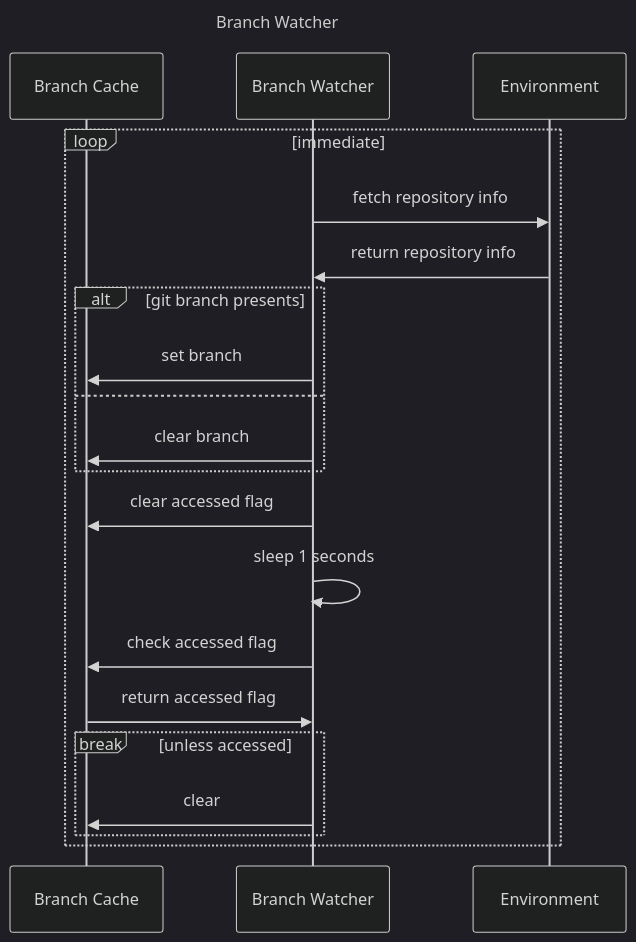
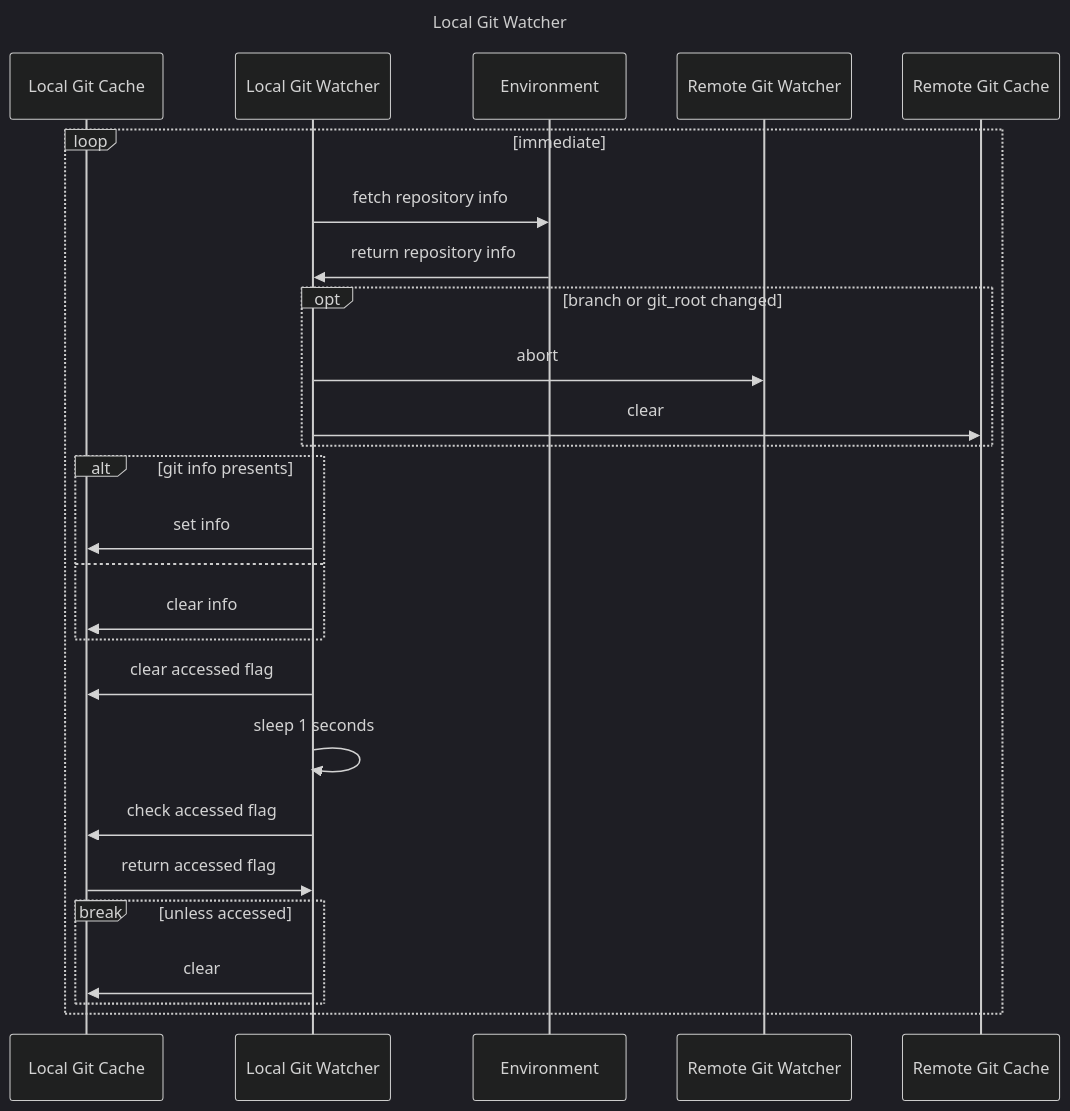
One commit to gitusp/gh-run-status.nvim changed the second of 3 diagrams in doc/sequence.md. Above: the diagram before and after it, drawn with Mermaid (dark theme). The commit also changed other lines of this file, not shown here.

Commit message:
Update sequence

````diff
--- a/doc/sequence.md
+++ b/doc/sequence.md
@@ -34,25 +33,29 @@
 ```mermaid
 ---
-title: Branch Watcher
+title: Local Git Watcher
 ---
 sequenceDiagram
-    participant Branch Cache
-    participant Branch Watcher
+    participant Local Git Cache
+    participant Local Git Watcher
     participant Environment
     loop immediate
-        Branch Watcher->>Environment: fetch repository info
-        Environment->>Branch Watcher: return repository info
-        alt git branch presents
-            Branch Watcher->>Branch Cache: set branch
+        Local Git Watcher->>Environment: fetch repository info
+        Environment->>Local Git Watcher: return repository info
+        opt branch or git_root changed
+            Local Git Watcher->>Remote Git Watcher: abort
+            Local Git Watcher->>Remote Git Cache: clear
+        end
+        alt git info presents
+            Local Git Watcher->>Local Git Cache: set info
         else
-            Branch Watcher->>Branch Cache: clear branch
+            Local Git Watcher->>Local Git Cache: clear info
         end
-        Branch Watcher->>Branch Cache: clear accessed flag
-        Branch Watcher->>Branch Watcher: sleep 1 seconds
-        Branch Watcher->>Branch Cache: check accessed flag
-        Branch Cache->>Branch Watcher: return accessed flag
+        Local Git Watcher->>Local Git Cache: clear accessed flag
+        Local Git Watcher->>Local Git Watcher: sleep 1 seconds
+        Local Git Watcher->>Local Git Cache: check accessed flag
+        Local Git Cache->>Local Git Watcher: return accessed flag
         break unless accessed
-            Branch Watcher->>Branch Cache: clear
+            Local Git Watcher->>Local Git Cache: clear
         end
     end
 ```
````
